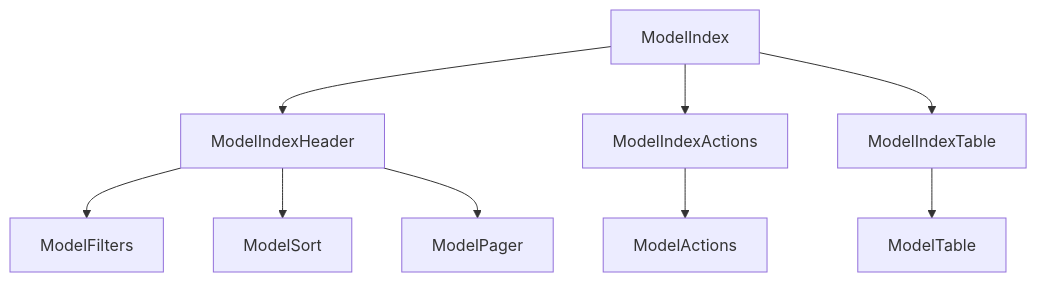
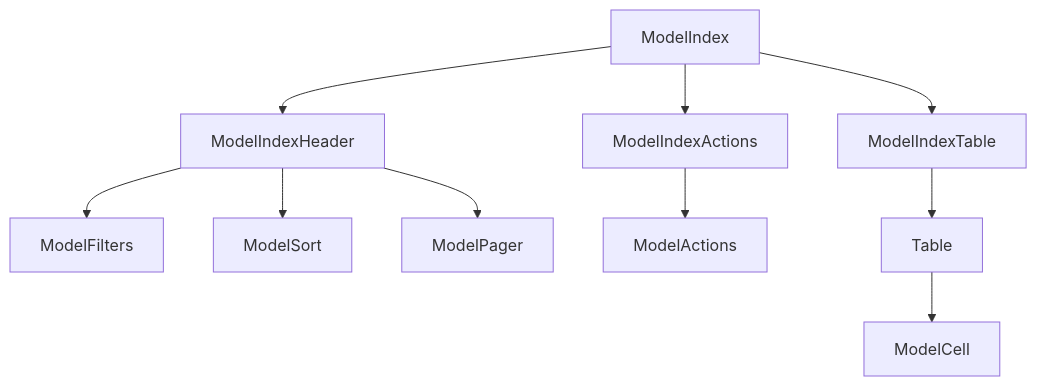
Before and after one commit to rhino-project/rhino-project.org: the diagram in docs/guides/ui/index_page.mdx, drawn with Mermaid. The commit also changed other lines of this file and 2 other files, not shown here.

Commit message:
Cell customization information

````diff
--- a/docs/guides/ui/index_page.mdx
+++ b/docs/guides/ui/index_page.mdx
@@ -5,11 +5,12 @@
 ```mermaid
 graph TB
     ModelIndex-->ModelIndexHeader
     ModelIndex-->ModelIndexActions
     ModelIndex-->ModelIndexTable
     ModelIndexHeader-->ModelFilters
     ModelIndexHeader-->ModelSort
     ModelIndexHeader-->ModelPager
     ModelIndexActions-->ModelActions
-    ModelIndexTable-->ModelTable
+    ModelIndexTable-->Table
+    Table-->ModelCell
 ```
````
